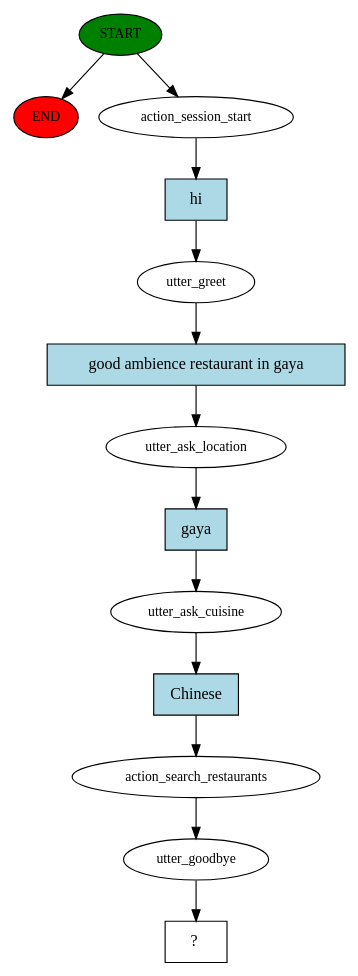
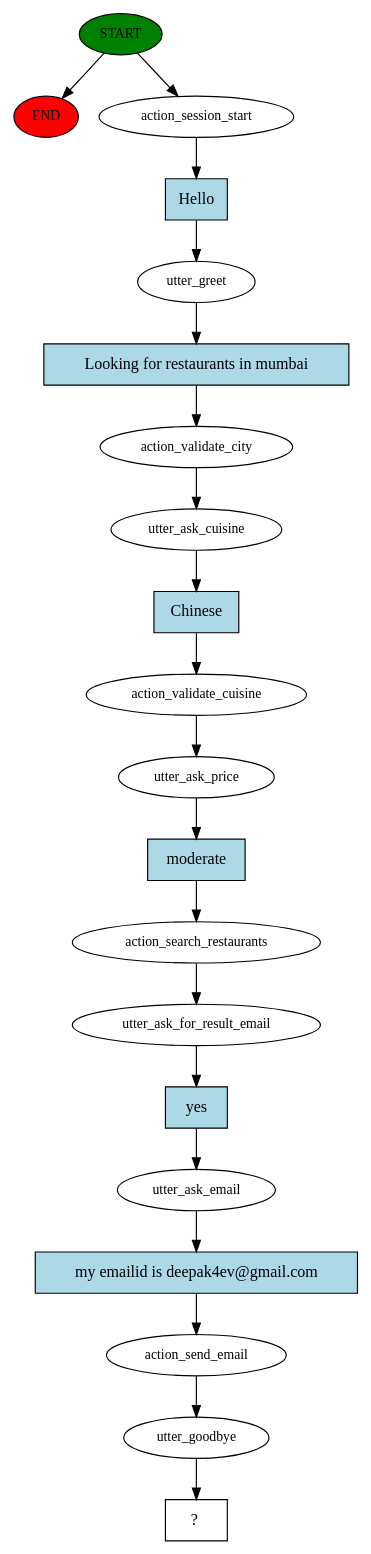
The diagram in story_graph.dot (ashwanikumar04/rasa-chatbot), drawn with Graphviz before and after one commit. The commit also changed 4 other files, not shown here.

```diff
--- a/story_graph.dot
+++ b/story_graph.dot
@@ -1,27 +1,41 @@
 digraph  {
 0 [class="start active", fillcolor=green, fontsize=12, label=START, style=filled];
 "-1" [class=end, fillcolor=red, fontsize=12, label=END, style=filled];
 1 [class=active, fontsize=12, label=action_session_start];
 2 [class=active, fontsize=12, label=utter_greet];
-3 [class=active, fontsize=12, label=utter_ask_location];
+3 [class=active, fontsize=12, label=action_validate_city];
 4 [class=active, fontsize=12, label=utter_ask_cuisine];
-5 [class=active, fontsize=12, label=action_search_restaurants];
-6 [class=active, fontsize=12, label=utter_goodbye];
-7 [class="intent dashed active", label="  ?  ", shape=rect];
-8 [class="intent active", fillcolor=lightblue, label=hi, shape=rect, style=filled];
-9 [class="intent active", fillcolor=lightblue, label="good ambience restaurant in gaya", shape=rect, style=filled];
-10 [class="intent active", fillcolor=lightblue, label=gaya, shape=rect, style=filled];
-11 [class="intent active", fillcolor=lightblue, label=Chinese, shape=rect, style=filled];
+5 [class=active, fontsize=12, label=action_validate_cuisine];
+6 [class=active, fontsize=12, label=utter_ask_price];
+7 [class=active, fontsize=12, label=action_search_restaurants];
+8 [class=active, fontsize=12, label=utter_ask_for_result_email];
+9 [class=active, fontsize=12, label=utter_ask_email];
+10 [class=active, fontsize=12, label=action_send_email];
+11 [class=active, fontsize=12, label=utter_goodbye];
+12 [class="intent dashed active", label="  ?  ", shape=rect];
+13 [class="intent active", fillcolor=lightblue, label=Hello, shape=rect, style=filled];
+14 [class="intent active", fillcolor=lightblue, label="Looking for restaurants in mumbai", shape=rect, style=filled];
+15 [class="intent active", fillcolor=lightblue, label=Chinese, shape=rect, style=filled];
+16 [class="intent active", fillcolor=lightblue, label=moderate, shape=rect, style=filled];
+17 [class="intent active", fillcolor=lightblue, label=yes, shape=rect, style=filled];
+18 [class="intent active", fillcolor=lightblue, label="my emailid is deepak4ev@gmail.com", shape=rect, style=filled];
 0 -> "-1"  [class="", key=NONE, label=""];
 0 -> 1  [class=active, key=NONE, label=""];
-1 -> 8  [class=active, key=0];
-2 -> 9  [class=active, key=0];
-3 -> 10  [class=active, key=0];
-4 -> 11  [class=active, key=0];
+1 -> 13  [class=active, key=0];
+2 -> 14  [class=active, key=0];
+3 -> 4  [class=active, key=NONE, label=""];
+4 -> 15  [class=active, key=0];
 5 -> 6  [class=active, key=NONE, label=""];
-6 -> 7  [class=active, key=NONE, label=""];
-8 -> 2  [class=active, key=0];
-9 -> 3  [class=active, key=0];
-10 -> 4  [class=active, key=0];
-11 -> 5  [class=active, key=0];
+6 -> 16  [class=active, key=0];
+7 -> 8  [class=active, key=NONE, label=""];
+8 -> 17  [class=active, key=0];
+9 -> 18  [class=active, key=0];
+10 -> 11  [class=active, key=NONE, label=""];
+11 -> 12  [class=active, key=NONE, label=""];
+13 -> 2  [class=active, key=0];
+14 -> 3  [class=active, key=0];
+15 -> 5  [class=active, key=0];
+16 -> 7  [class=active, key=0];
+17 -> 9  [class=active, key=0];
+18 -> 10  [class=active, key=0];
 }
```
